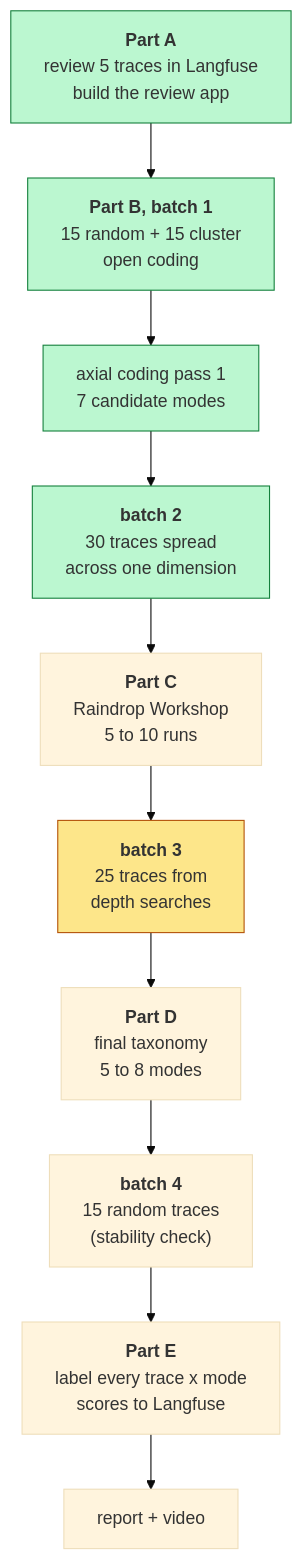
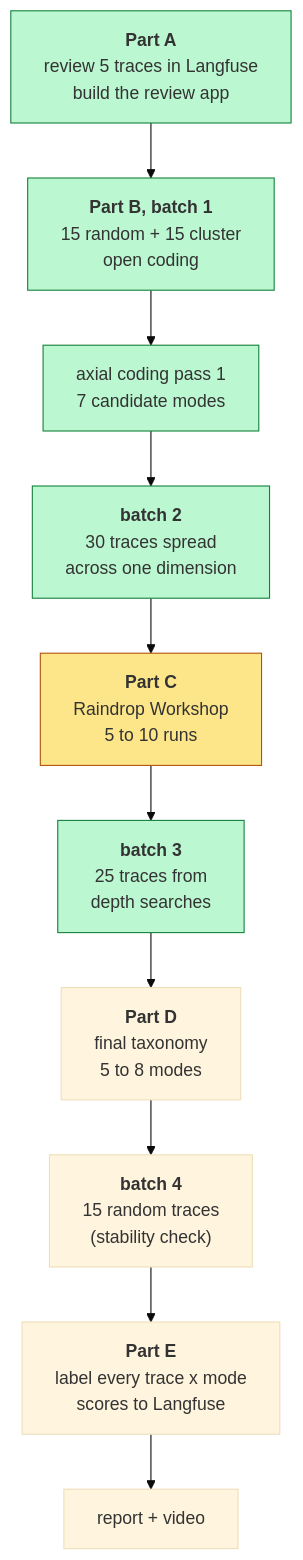
One commit to edangx100/cartwheel-homeworks changed the first of 5 diagrams in homework/homework4_report.md. Above: the diagram before and after it, drawn with Mermaid (base theme). The commit also changed other lines of this file, not shown here.

````diff
--- a/homework/homework4_report.md
+++ b/homework/homework4_report.md
@@ -99,21 +99,22 @@
 ```mermaid
 flowchart TD
     PA["<b>Part A</b><br/>review 5 traces in Langfuse<br/>build the review app"]
     B1["<b>Part B, batch 1</b><br/>15 random + 15 cluster<br/>open coding"]
     AX1["axial coding pass 1<br/>7 candidate modes"]
     B2["<b>batch 2</b><br/>30 traces spread<br/>across one dimension"]
     PC["<b>Part C</b><br/>Raindrop Workshop<br/>5 to 10 runs"]
     B3["<b>batch 3</b><br/>25 traces from<br/>depth searches"]
     PD["<b>Part D</b><br/>final taxonomy<br/>5 to 8 modes"]
     B4["<b>batch 4</b><br/>15 random traces<br/>(stability check)"]
     PE["<b>Part E</b><br/>label every trace x mode<br/>scores to Langfuse"]
     V["report + video"]
 
     PA --> B1 --> AX1 --> B2 --> PC --> B3 --> PD --> B4 --> PE --> V
 
     style PA fill:#bbf7d0,stroke:#15803d
     style B1 fill:#bbf7d0,stroke:#15803d
     style AX1 fill:#bbf7d0,stroke:#15803d
     style B2 fill:#bbf7d0,stroke:#15803d
-    style B3 fill:#fde68a,stroke:#b45309
+    style B3 fill:#bbf7d0,stroke:#15803d
+    style PC fill:#fde68a,stroke:#b45309
 ```
````
